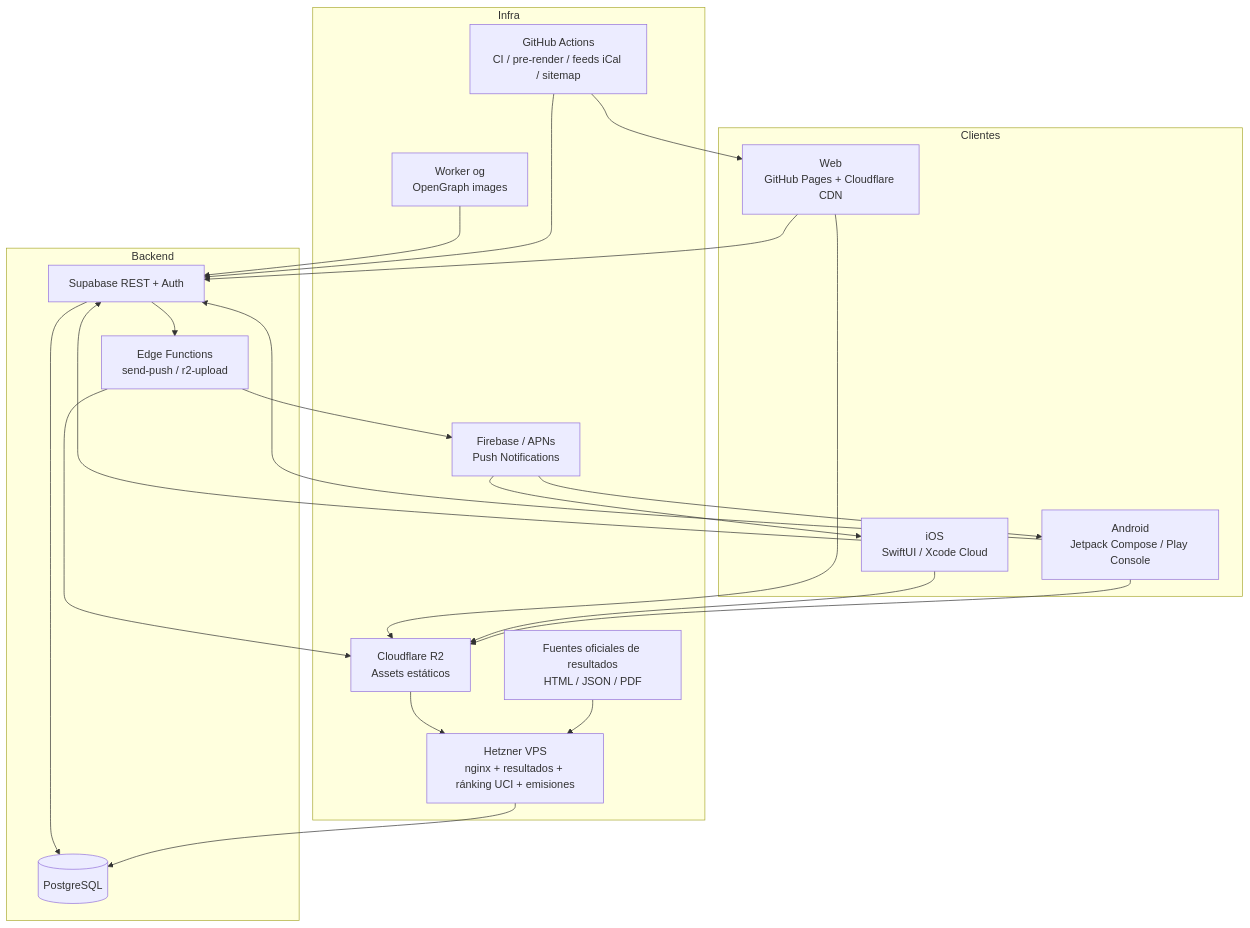
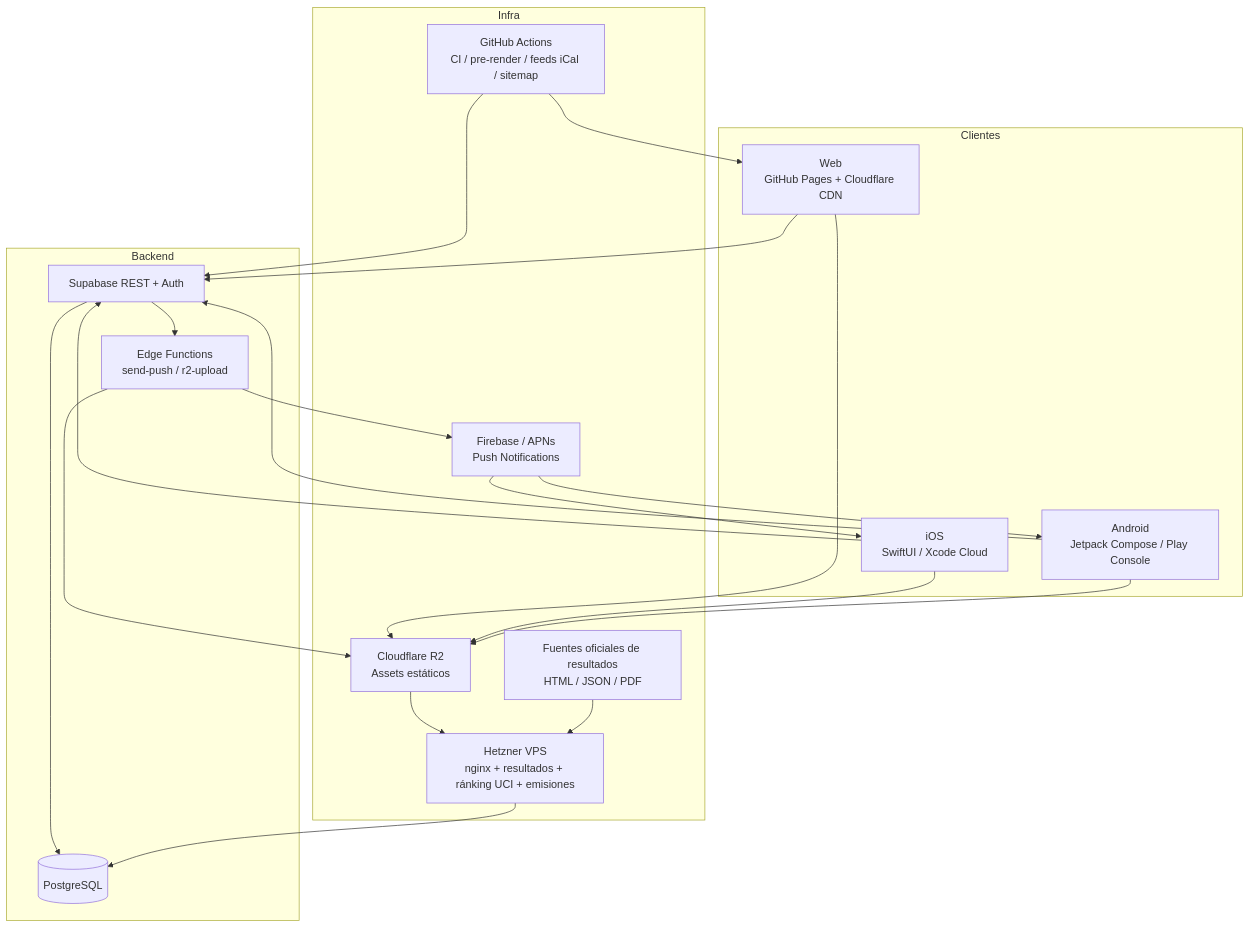
Before and after one commit to DaniBici/CalendarioCiclismo-App: the diagram in docs/ARCHITECTURE.md, drawn with Mermaid. The commit also changed other lines of this file and 256 other files, not shown here.

````diff
--- a/docs/ARCHITECTURE.md
+++ b/docs/ARCHITECTURE.md
@@ -5,42 +5,40 @@
 ```mermaid
 graph TB
     subgraph Clientes
         WEB[Web\nGitHub Pages + Cloudflare CDN]
         IOS[iOS\nSwiftUI / Xcode Cloud]
         AND[Android\nJetpack Compose / Play Console]
     end
 
     subgraph Backend
         SB[Supabase REST + Auth]
         DB[(PostgreSQL)]
         EF[Edge Functions\nsend-push / r2-upload]
     end
 
     subgraph Infra
         RS[Fuentes oficiales de resultados\nHTML / JSON / PDF]
         R2[Cloudflare R2\nAssets estáticos]
         VPS[Hetzner VPS\nnginx + resultados + ránking UCI + emisiones]
-        WK2[Worker og\nOpenGraph images]
         GHA[GitHub Actions\nCI / pre-render / feeds iCal / sitemap]
         FCM[Firebase / APNs\nPush Notifications]
     end
 
     WEB --> SB
     IOS --> SB
     AND --> SB
     SB --> DB
     SB --> EF
     EF --> R2
     WEB --> R2
     IOS --> R2
     AND --> R2
     R2 --> VPS
     RS --> VPS
     VPS --> DB
-    WK2 --> SB
     GHA --> SB
     GHA --> WEB
     EF --> FCM
     FCM --> IOS
     FCM --> AND
 ```
````
